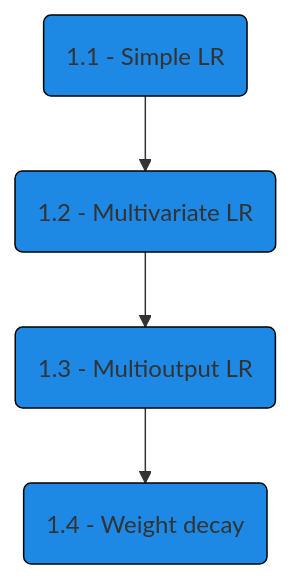
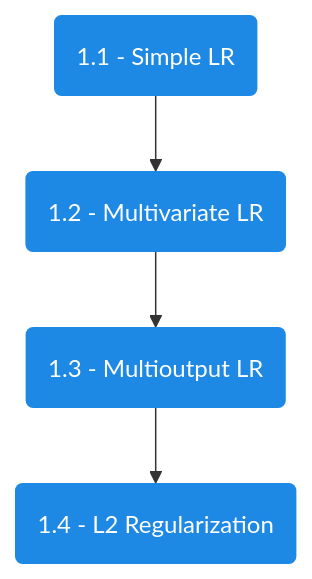
The diagram in content/1-linear-regression/linear-regression.md (PilotLeoYan/inside-deep-learning), drawn with Mermaid before and after one commit. The commit also changed other lines of this file, not shown here.

````diff
--- a/content/1-linear-regression/linear-regression.md
+++ b/content/1-linear-regression/linear-regression.md
@@ -5,17 +23,14 @@
 ```mermaid
----
-
----
 flowchart TD
     c1(1.1 - Simple LR)
     c2(1.2 - Multivariate LR)
     c3(1.3 - Multioutput LR)
-    c4(1.4 - Weight decay)
+    c4(1.4 - L2 Regularization)
 
 c1:::model --> c2
 c2:::model --> c3
 c3:::model --> c4:::model
 
-classDef model fill:#1E88E5,stroke:#000,stroke-width:1px
-classDef math fill:#43A047,stroke:#000,stroke-width:1px
+classDef model fill:#1E88E5,color:#FFF,stroke:none,stroke-width:0px
+classDef math fill:#43A047,color:#FFF,stroke:none,stroke-width:0px
 ```
````
